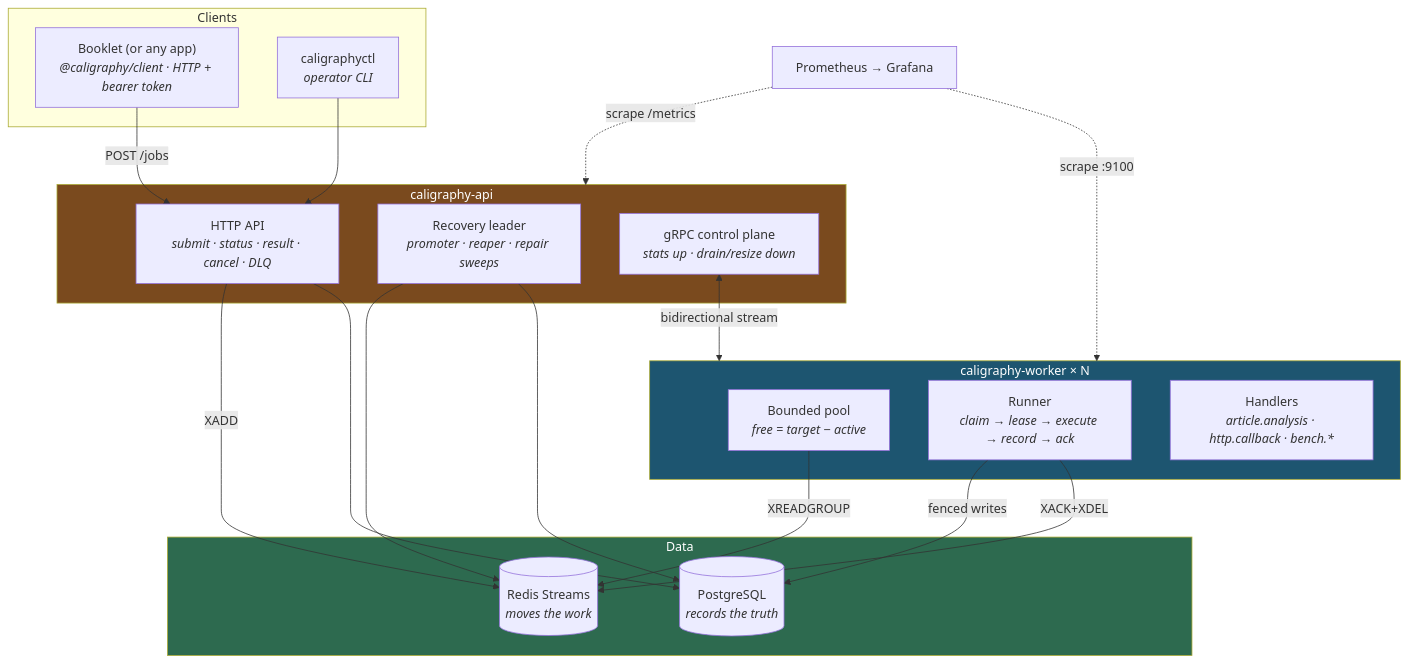
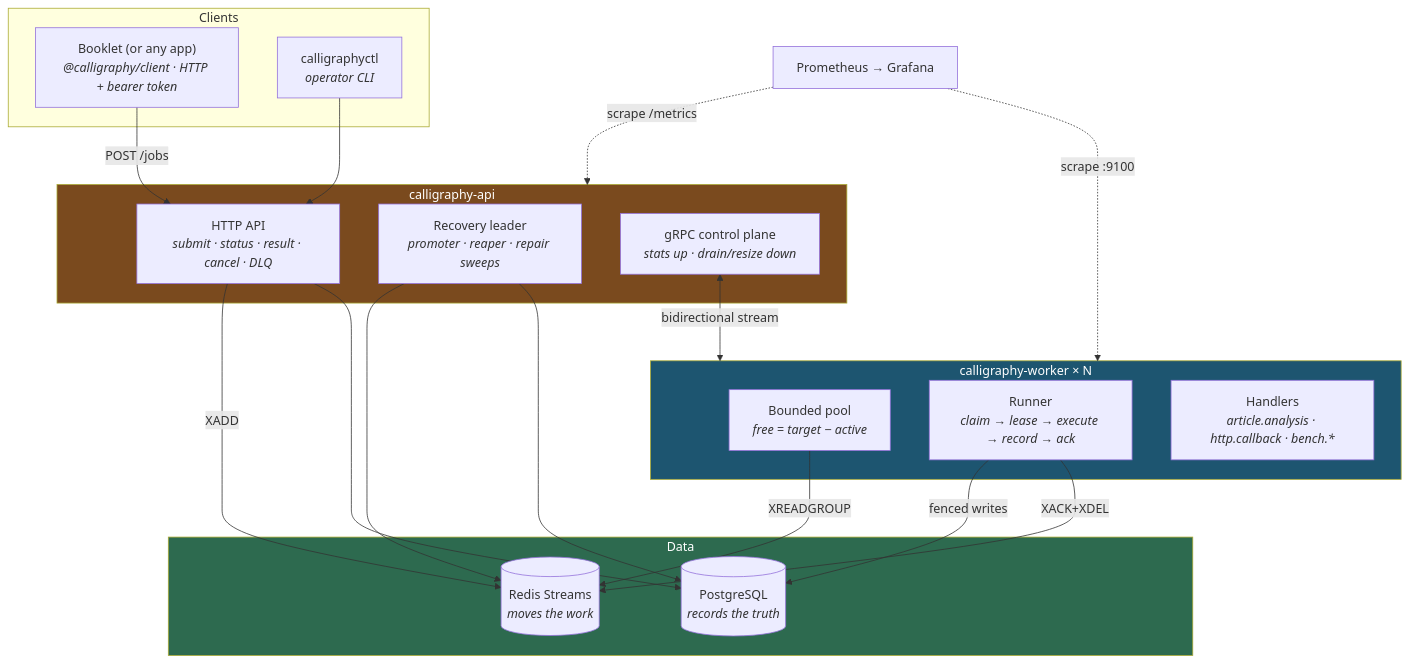
The second of 3 diagrams in README.md (jguapp/Calligraphy), drawn with Mermaid before and after one commit. The commit also changed other lines of this file and 62 other files, not shown here.

````diff
--- a/README.md
+++ b/README.md
@@ -198,43 +198,43 @@
 ```mermaid
 graph TB
     subgraph Clients
-        BK["Booklet (or any app)<br/><i>@caligraphy/client · HTTP + bearer token</i>"]
-        CTL["caligraphyctl<br/><i>operator CLI</i>"]
+        BK["Booklet (or any app)<br/><i>@calligraphy/client · HTTP + bearer token</i>"]
+        CTL["calligraphyctl<br/><i>operator CLI</i>"]
     end
 
-    subgraph API["caligraphy-api"]
+    subgraph API["calligraphy-api"]
         HTTP["HTTP API<br/><i>submit · status · result · cancel · DLQ</i>"]
         REC["Recovery leader<br/><i>promoter · reaper · repair sweeps</i>"]
         GRPC["gRPC control plane<br/><i>stats up · drain/resize down</i>"]
     end
 
-    subgraph Workers["caligraphy-worker × N"]
+    subgraph Workers["calligraphy-worker × N"]
         POOL["Bounded pool<br/><i>free = target − active</i>"]
         RUN["Runner<br/><i>claim → lease → execute → record → ack</i>"]
         H["Handlers<br/><i>article.analysis · http.callback · bench.*</i>"]
     end
 
     subgraph Data
         R[("Redis Streams<br/><i>moves the work</i>")]
         PG[("PostgreSQL<br/><i>records the truth</i>")]
     end
 
     OBS["Prometheus → Grafana"]
 
     BK -->|POST /jobs| HTTP
     CTL --> HTTP
     HTTP -->|XADD| R
     HTTP --> PG
     POOL -->|XREADGROUP| R
     RUN -->|fenced writes| PG
     RUN -->|XACK+XDEL| R
     REC --> R
     REC --> PG
     GRPC <-->|bidirectional stream| Workers
     OBS -.->|scrape /metrics| API
     OBS -.->|scrape :9100| Workers
 
     style API fill:#7a4a1e,color:#fff
     style Workers fill:#1d5570,color:#fff
     style Data fill:#2d6a4f,color:#fff
 ```
````
